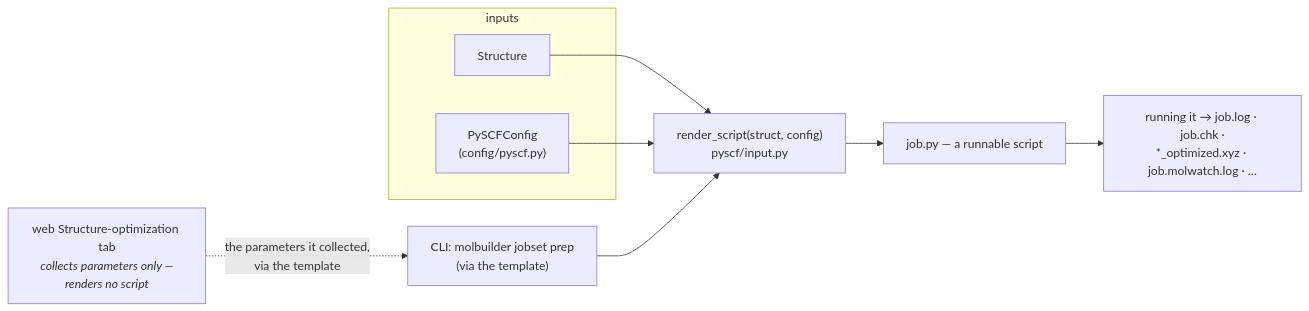
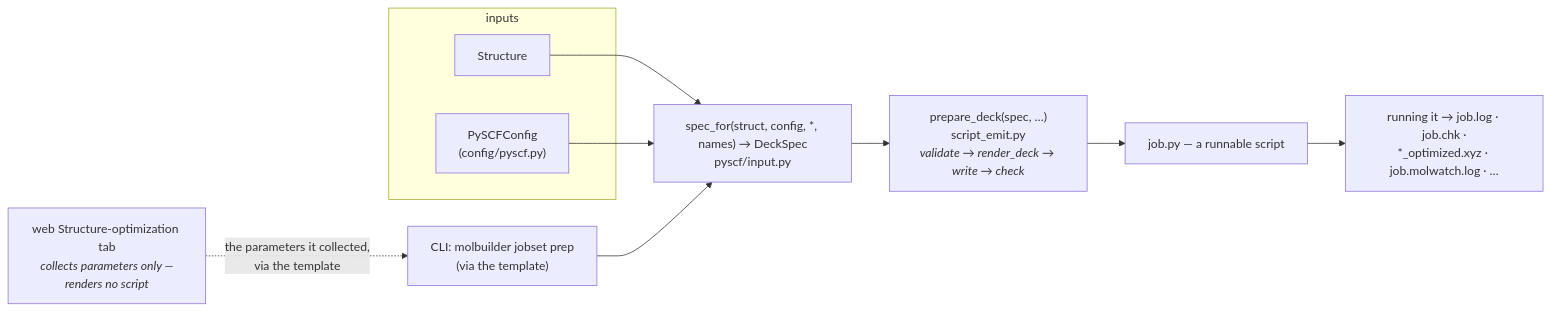
The first of 2 diagrams in docs/engines/pyscf.md (Qing-LAB/molbuilder), drawn with Mermaid before and after one commit. The commit also changed other lines of this file and 745 other files, not shown here.

````diff
--- a/docs/engines/pyscf.md
+++ b/docs/engines/pyscf.md
@@ -37,17 +39,18 @@
 ```mermaid
 flowchart LR
     subgraph IN["inputs"]
         S["Structure"]
         C["PySCFConfig<br/>(config/pyscf.py)"]
     end
     PREP["CLI: molbuilder jobset prep<br/>(via the template)"]
     WEB["web Structure-optimization tab<br/><i>collects parameters only —<br/>renders no script</i>"]
-    R["render_script(struct, config)<br/>pyscf/input.py"]
+    R["spec_for(struct, config, *, names) → DeckSpec<br/>pyscf/input.py"]
+    P["prepare_deck(spec, …)<br/>script_emit.py<br/><i>validate → render_deck → write → check</i>"]
     PY["job.py — a runnable script"]
     RUN["running it → job.log · job.chk ·<br/>*_optimized.xyz · job.molwatch.log · …"]
     S --> R
     C --> R
     PREP --> R
     WEB -.->|"the parameters it collected,<br/>via the template"| PREP
-    R --> PY --> RUN
+    R --> P --> PY --> RUN
 ```
````
